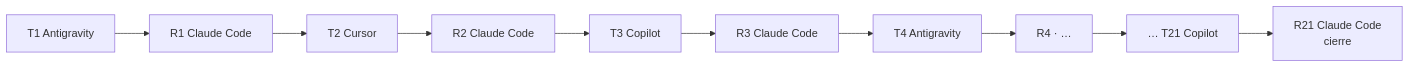
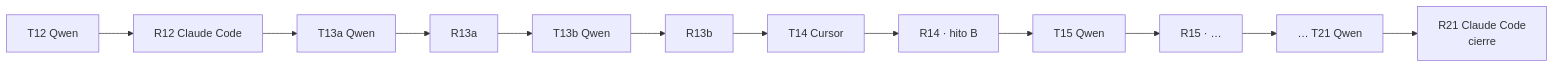
Before and after one commit to bigfito/elastiflix-reloaded: the first of 2 diagrams in data-quality/PLAN.md, drawn with Mermaid. The commit also changed other lines of this file and 6 other files, not shown here.

First line of the commit message:
Ajusta el plan al equipo nuevo: Qwen 3.5 9B toma los turnos de Antigravity y Copilot

````diff
--- a/data-quality/PLAN.md
+++ b/data-quality/PLAN.md
@@ -87,5 +85,5 @@
 ```mermaid
 flowchart LR
-  A1["T1 Antigravity"] --> R1["R1 Claude Code"] --> C2["T2 Cursor"] --> R2["R2 Claude Code"] --> G3["T3 Copilot"] --> R3["R3 Claude Code"]
-  R3 --> A4["T4 Antigravity"] --> R4["R4 · …"] --> F["… T21 Copilot"] --> R21["R21 Claude Code<br/>cierre"]
+  Q12["T12 Qwen"] --> R12["R12 Claude Code"] --> Q13a["T13a Qwen"] --> R13a["R13a"] --> Q13b["T13b Qwen"] --> R13b["R13b"] --> C14["T14 Cursor"] --> R14["R14 · hito B"]
+  R14 --> Q15["T15 Qwen"] --> R15["R15 · …"] --> F["… T21 Qwen"] --> R21["R21 Claude Code<br/>cierre"]
 ```
````
